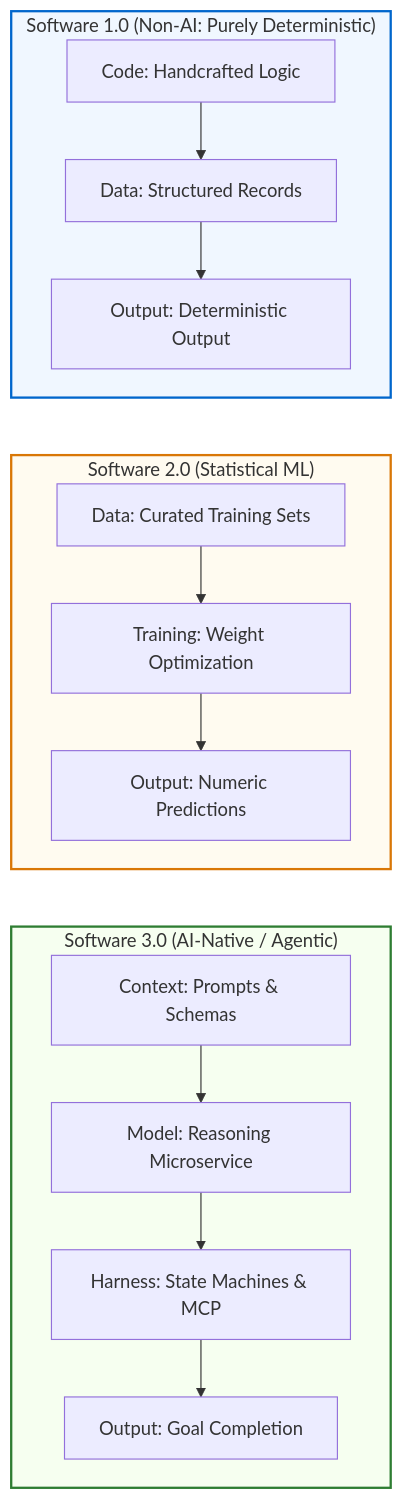
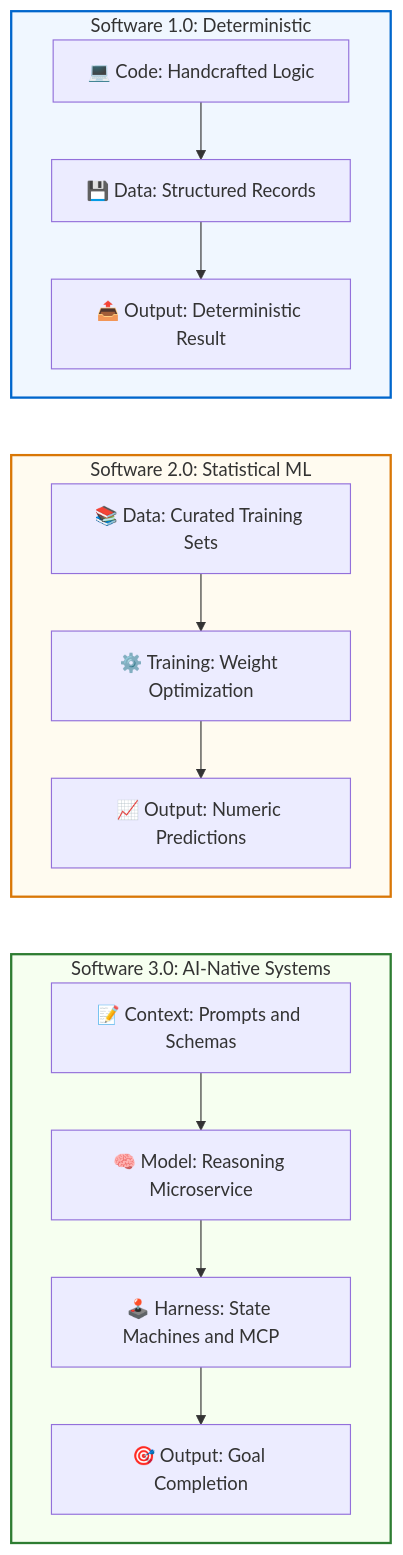
The second of 4 diagrams in senior-transition-guide.md (dip4k/senior-engineer-to-ai-engineer-roadmap), drawn with Mermaid before and after one commit. The commit also changed other lines of this file and 94 other files, not shown here.

Commit message:
refactor(curriculum): complete Phase 04 upgrade and enforce diagram renderer invariants

````diff
--- a/senior-transition-guide.md
+++ b/senior-transition-guide.md
@@ -49,25 +47,25 @@
 ```mermaid
 flowchart TD
-    subgraph S1["Software 1.0 (Non-AI: Purely Deterministic)"]
-        A1["Code: Handcrafted Logic"] --> B1["Data: Structured Records"]
-        B1 --> C1["Output: Deterministic Output"]
+    subgraph S1["Software 1.0: Deterministic"]
+        A1["💻 Code: Handcrafted Logic"] --> B1["💾 Data: Structured Records"]
+        B1 --> C1["📤 Output: Deterministic Result"]
     end
 
-    subgraph S2["Software 2.0 (Statistical ML)"]
-        A2["Data: Curated Training Sets"] --> B2["Training: Weight Optimization"]
-        B2 --> C2["Output: Numeric Predictions"]
+    subgraph S2["Software 2.0: Statistical ML"]
+        A2["📚 Data: Curated Training Sets"] --> B2["⚙️ Training: Weight Optimization"]
+        B2 --> C2["📈 Output: Numeric Predictions"]
     end
 
-    subgraph S3["Software 3.0 (AI-Native / Agentic)"]
-        A3["Context: Prompts & Schemas"] --> B3["Model: Reasoning Microservice"]
-        B3 --> C3["Harness: State Machines & MCP"]
-        C3 --> D3["Output: Goal Completion"]
+    subgraph S3["Software 3.0: AI-Native Systems"]
+        A3["📝 Context: Prompts and Schemas"] --> B3["🧠 Model: Reasoning Microservice"]
+        B3 --> C3["🕹️ Harness: State Machines and MCP"]
+        C3 --> D3["🎯 Output: Goal Completion"]
     end
 
     C1 ~~~ A2
     C2 ~~~ A3
 
     style S1 fill:#f0f7ff,stroke:#0066cc,stroke-width:2px
     style S2 fill:#fffbf0,stroke:#d97706,stroke-width:2px
     style S3 fill:#f6fff0,stroke:#2e7d32,stroke-width:2px
 ```
````
